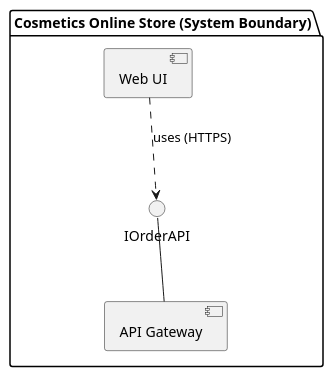
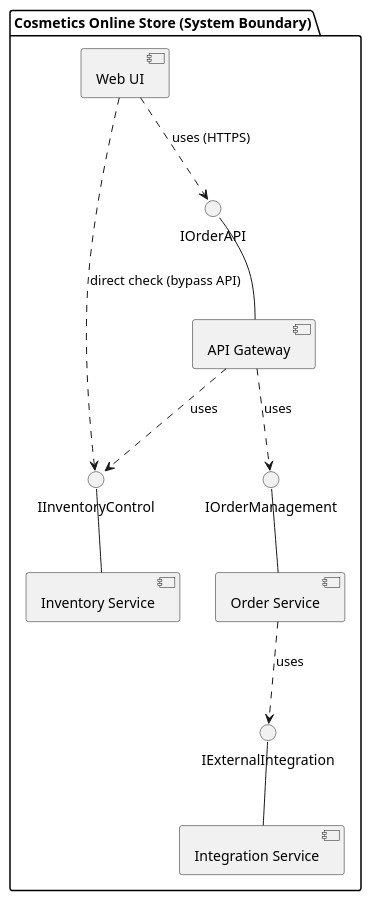
Before and after one commit to sofiisunn/KPI: the diagram in components.puml, drawn with PlantUML.

Commit message:
Update components.puml with business services
Added business services and interfaces to components diagram.

```diff
--- a/components.puml
+++ b/components.puml
@@ -1,19 +1,37 @@
 @startuml
 top to bottom direction
 skinparam componentStyle uml2
 
 package "Cosmetics Online Store (System Boundary)" {
   
   ' Шар 1: Клієнтський інтерфейс
   component [Web UI] as UI
   
   ' Шар 2: Шлюз входу
   component [API Gateway] as API
   interface "IOrderAPI" as i_api
   
   ' Зв'язок між UI та API через інтерфейс (provided & required)
   API -up- i_api
   UI ..> i_api : uses (HTTPS)
+
+  ' Шар 3: Бізнес-сервіси
+  component [Order Service] as OrderSvc
+  component [Inventory Service] as InvSvc
+  component [Integration Service] as IntSvc
+
+  interface "IOrderManagement" as i_order
+  interface "IInventoryControl" as i_inv
+  interface "IExternalIntegration" as i_int
+
+  OrderSvc -up- i_order
+  InvSvc -up- i_inv
+  IntSvc -up- i_int
+
+  API ..> i_order : uses
+  API ..> i_inv : uses
+  OrderSvc ..> i_int : uses
+  UI ..> i_inv : direct check (bypass API)
 }
 
 @enduml
```
